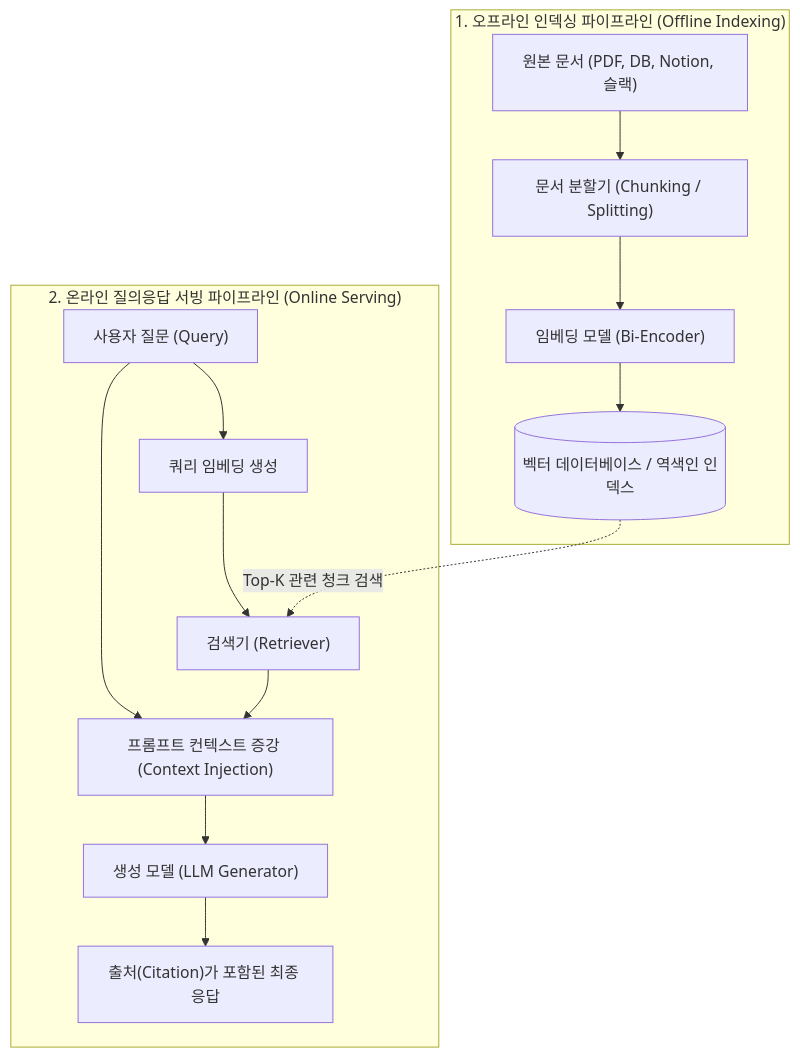
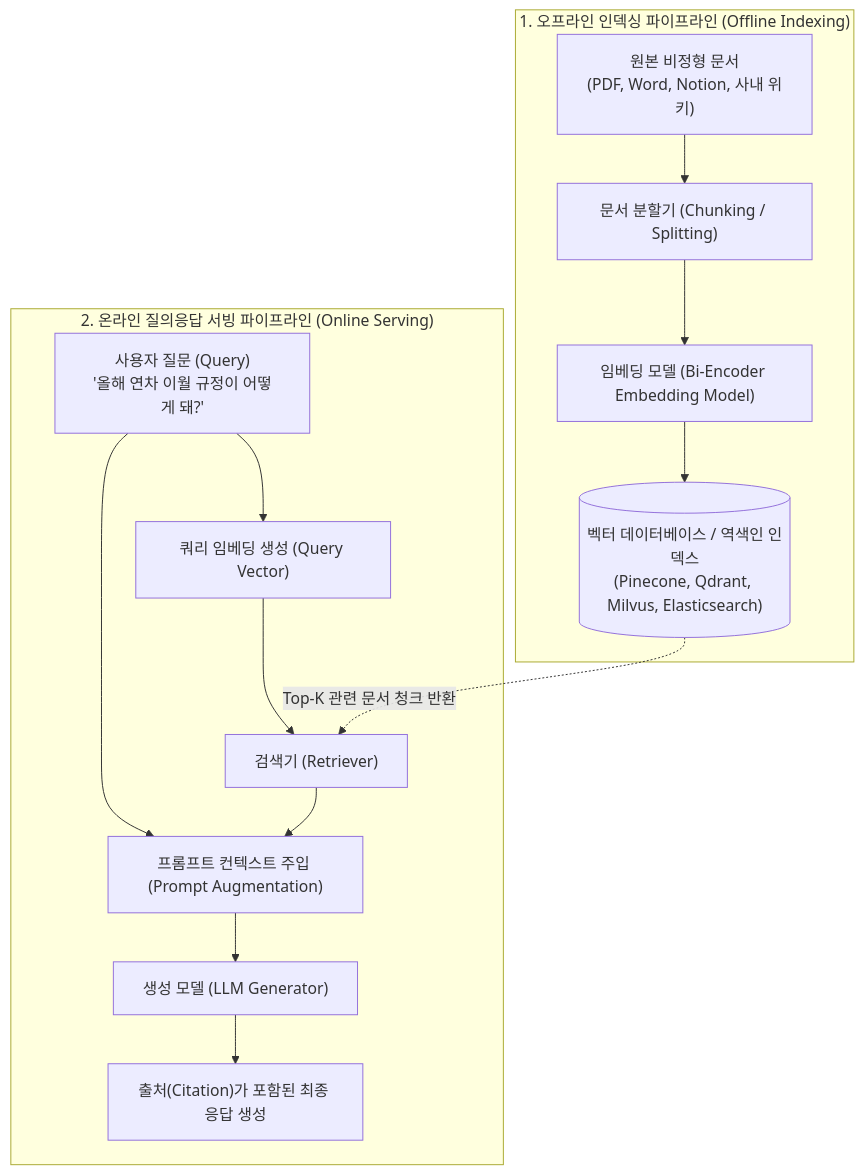
The first of 3 diagrams in chapter-qa/ch06-rag-and-agents-qa/01-rag-architecture-and-retrieval-algorithms.md (sing-u8/AI-Engineering), drawn with Mermaid before and after one commit. The commit also changed other lines of this file and 25 other files, not shown here.

````diff
--- a/chapter-qa/ch06-rag-and-agents-qa/01-rag-architecture-and-retrieval-algorithms.md
+++ b/chapter-qa/ch06-rag-and-agents-qa/01-rag-architecture-and-retrieval-algorithms.md
@@ -52,18 +54,18 @@
 ```mermaid
 flowchart TD
     subgraph Offline["1. 오프라인 인덱싱 파이프라인 (Offline Indexing)"]
-        RawDocs["원본 문서 (PDF, DB, Notion, 슬랙)"] --> Splitter["문서 분할기 (Chunking / Splitting)"]
-        Splitter --> Embed["임베딩 모델 (Bi-Encoder)"]
-        Embed --> VectorDB[("벡터 데이터베이스 / 역색인 인덱스")]
+        RawDocs["원본 비정형 문서\n(PDF, Word, Notion, 사내 위키)"] --> Splitter["문서 분할기 (Chunking / Splitting)"]
+        Splitter --> Embed["임베딩 모델 (Bi-Encoder Embedding Model)"]
+        Embed --> VectorDB[("벡터 데이터베이스 / 역색인 인덱스\n(Pinecone, Qdrant, Milvus, Elasticsearch)")]
     end
 
     subgraph Online["2. 온라인 질의응답 서빙 파이프라인 (Online Serving)"]
-        UserQ["사용자 질문 (Query)"] --> QEmbed["쿼리 임베딩 생성"]
+        UserQ["사용자 질문 (Query)\n'올해 연차 이월 규정이 어떻게 돼?'"] --> QEmbed["쿼리 임베딩 생성 (Query Vector)"]
         QEmbed --> Ret["검색기 (Retriever)"]
-        VectorDB -.->|Top-K 관련 청크 검색| Ret
-        Ret --> Augment["프롬프트 컨텍스트 증강 (Context Injection)"]
+        VectorDB -.->|Top-K 관련 문서 청크 반환| Ret
+        Ret --> Augment["프롬프트 컨텍스트 주입 (Prompt Augmentation)"]
         UserQ --> Augment
         Augment --> Gen["생성 모델 (LLM Generator)"]
-        Gen --> Output["출처(Citation)가 포함된 최종 응답"]
+        Gen --> Output["출처(Citation)가 포함된 최종 응답 생성"]
     end
 ```
````
